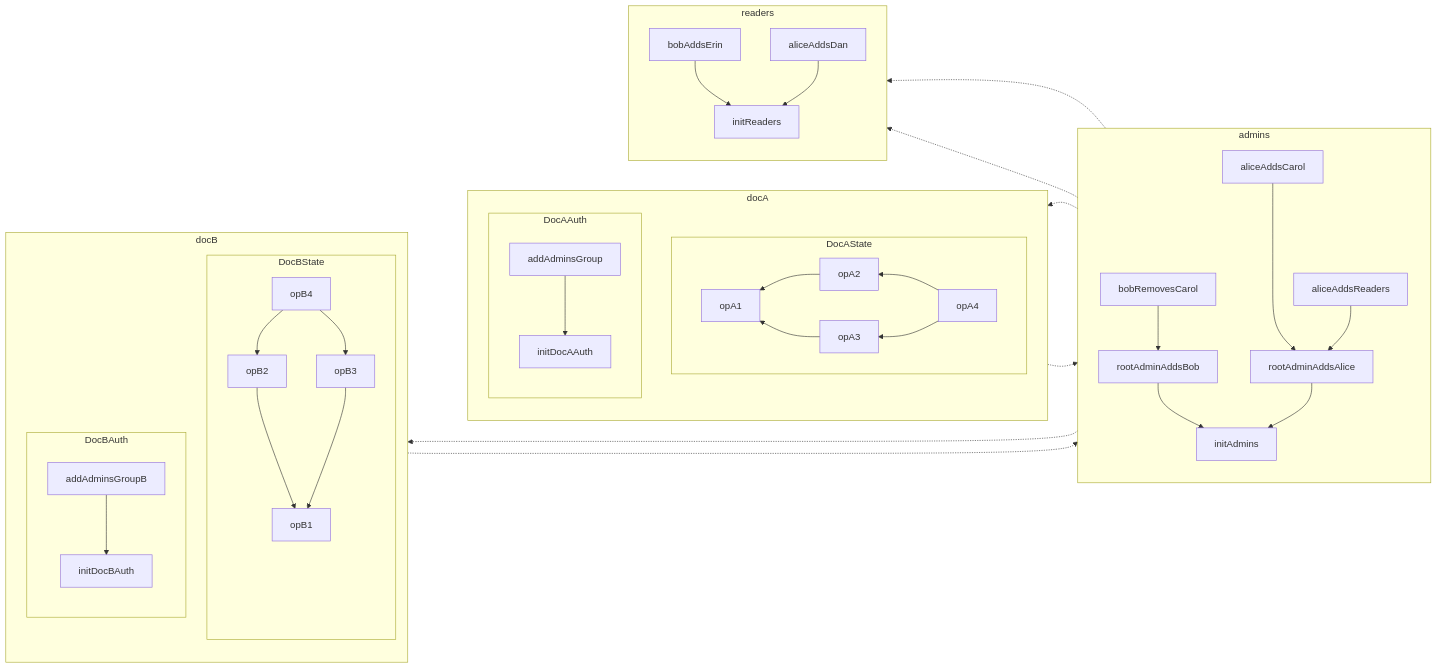
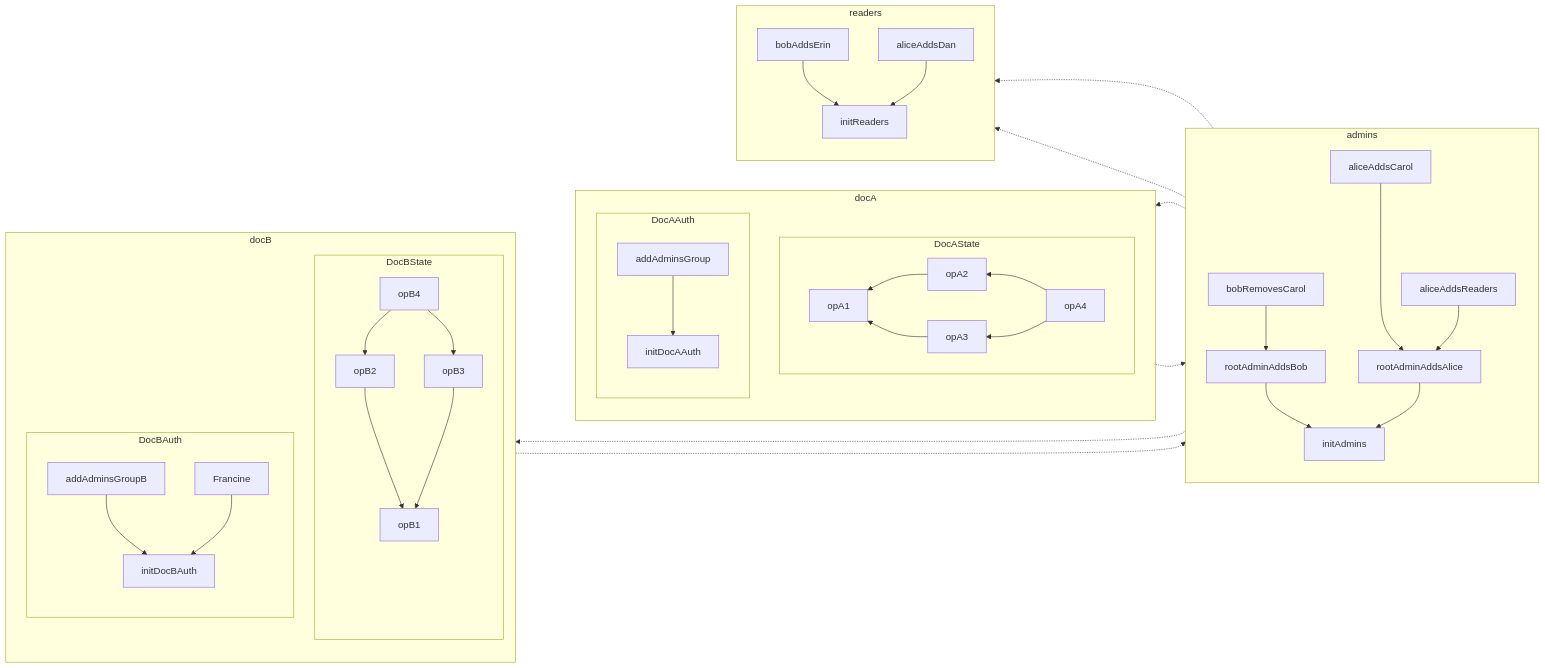
The second of 3 diagrams in design/group_membership.md (inkandswitch/keyhive), drawn with Mermaid before and after one commit. The commit also changed other lines of this file, not shown here.

````diff
--- a/design/group_membership.md
+++ b/design/group_membership.md
@@ -17,61 +17,62 @@
 ```mermaid
 flowchart RL
     subgraph docA
         direction TB
         
         subgraph DocAState
             direction RL
             
             opA4 --> opA2 --> opA1
             opA4 --> opA3 --> opA1
         end
 
         subgraph DocAAuth
             direction TB
         
             addAdminsGroup --> initDocAAuth
         end
     end
 
     subgraph docB
         direction TB
         
         subgraph DocBState
             opB4 --> opB2 --> opB1
             opB4 --> opB3 --> opB1
         end
 
         subgraph DocBAuth
             direction TB
         
             addAdminsGroupB --> initDocBAuth
+            Francine --> initDocBAuth
         end
     end
 
     subgraph admins
         direction TB
         
         rootAdminAddsBob --> initAdmins
         rootAdminAddsAlice --> initAdmins
         aliceAddsCarol ----> rootAdminAddsAlice
         bobRemovesCarol --> rootAdminAddsBob
 
         aliceAddsReaders --> rootAdminAddsAlice
     end
 
     subgraph readers
         direction TB
 
         bobAddsErin --> initReaders
         aliceAddsDan --> initReaders
     end
 
     bobRemovesCarol -.-> opA3
     bobRemovesCarol -...-> opB4
 
     aliceAddsReaders -.-> bobAddsErin
     aliceAddsReaders -.-> aliceAddsDan
 
     addAdminsGroup -.-> rootAdminAddsBob
     addAdminsGroupB -.-> aliceAddsReaders
 ```
````
